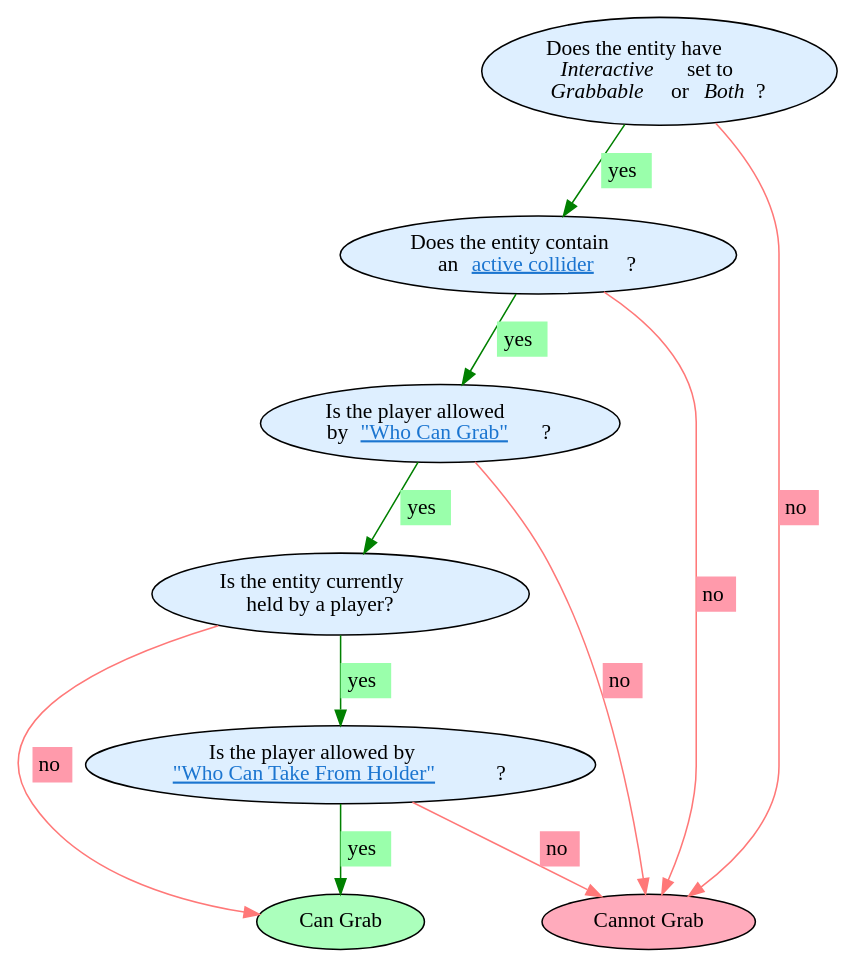
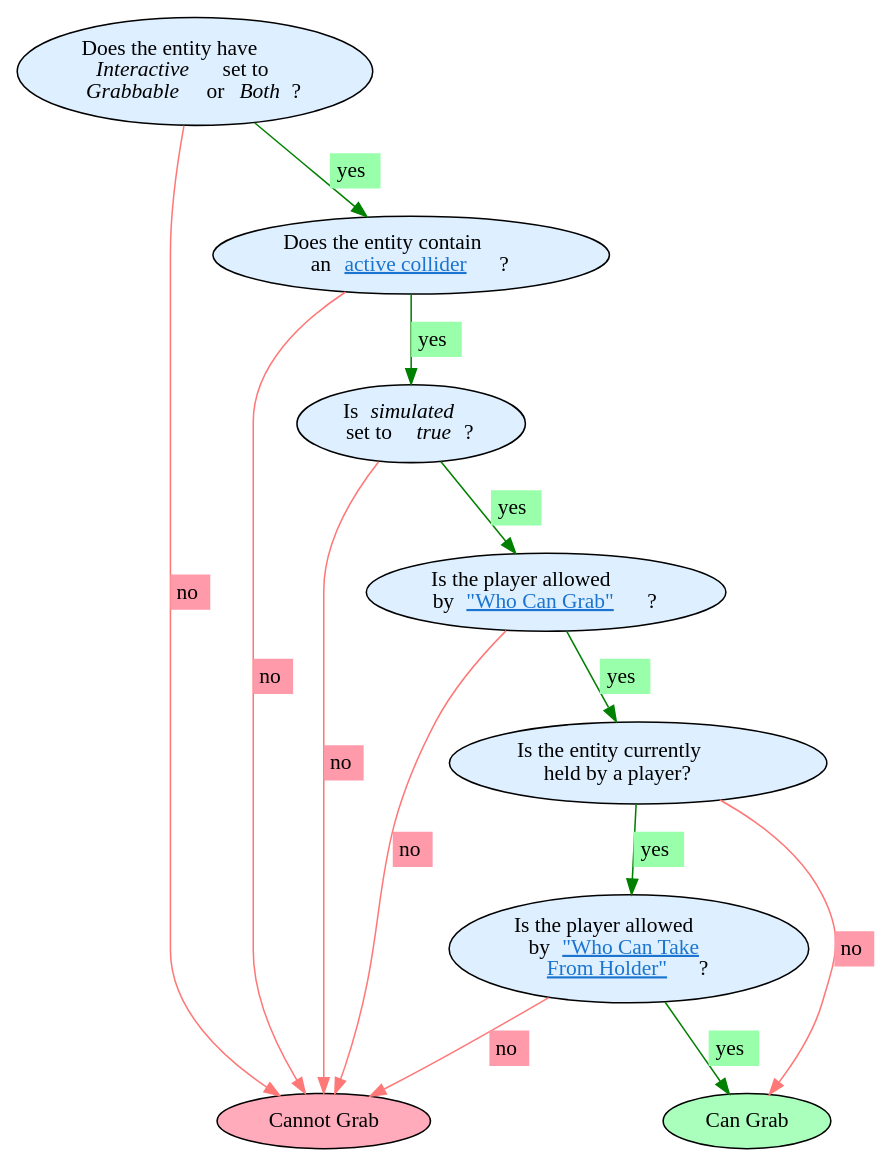
One commit to MHCPCreators/horizonCreatorManual changed the first of 2 diagrams in HorizonTechnicalDoc.md. Above: the diagram before and after it, drawn with Graphviz. The commit also changed other lines of this file, not shown here.

Commit message:
Grab adjustments

````diff
--- a/HorizonTechnicalDoc.md
+++ b/HorizonTechnicalDoc.md
@@ -511,32 +523,33 @@
 ```dot
 digraph {
     rankdir=TD;
 
     isInteractive [label=<Does the entity have<BR/><I>Interactive</I>  set to<BR/><I>Grabbable</I>  or<I>Both</I>?> style=filled fillcolor="#deefff"]
 
     activeCollider [label=<Does the entity contain<BR/>an <font color="#1b75d0"><U>active collider</U></font>?> style=filled fillcolor="#deefff" href="#collidability"]
+
+    simulated [label=<Is <I>simulated</I><BR/>set to <I>true</I>?> style=filled fillcolor="#deefff" href="#collidability"]
+
     canGrab [label=<Is the player allowed<BR/>by <font color="#1b75d0"><U>"Who Can Grab"</U></font>?> style=filled fillcolor="#deefff" href="#setting-who-can-grab"]
+
     isHeld [label=<Is the entity currently<BR/>held by a player?> style=filled fillcolor="#deefff"]
-    canTake [label=<Is the player allowed by<BR/><font color="#1b75d0"><U>"Who Can Take From Holder"</U></font>?> style=filled fillcolor="#deefff" href="#setting-who-can-take-from-holder"]
+
+    canTake [label=<Is the player allowed<BR/>by <font color="#1b75d0"><U>"Who Can Take<BR/>From Holder"</U></font>?> style=filled fillcolor="#deefff" href="#setting-who-can-take-from-holder"]
 
     fail [label="Cannot Grab" style=filled fillcolor="#ffabbc"]
     succeed [label="Can Grab" style=filled fillcolor="#abffbc"]
 
     isInteractive -> activeCollider [label=<<TABLE BORDER="0" CELLBORDER="0" BGCOLOR="#9affab"><TR><TD>yes</TD></TR></TABLE>> color="green"]
     isInteractive -> fail [label=<<TABLE BORDER="0" CELLBORDER="0" BGCOLOR="#ff9aab"><TR><TD>no</TD></TR></TABLE>> color="#ff7878"]
-    activeCollider -> canGrab [label=<<TABLE BORDER="0" CELLBORDER="0" BGCOLOR="#9affab"><TR><TD>yes</TD></TR></TABLE>> color="green"]
+    activeCollider -> simulated [label=<<TABLE BORDER="0" CELLBORDER="0" BGCOLOR="#9affab"><TR><TD>yes</TD></TR></TABLE>> color="green"]
+    simulated -> fail [label=<<TABLE BORDER="0" CELLBORDER="0" BGCOLOR="#ff9aab"><TR><TD>no</TD></TR></TABLE>> color="#ff7878"]
+    simulated -> canGrab [label=<<TABLE BORDER="0" CELLBORDER="0" BGCOLOR="#9affab"><TR><TD>yes</TD></TR></TABLE>> color="green"]
     activeCollider -> fail [label=<<TABLE BORDER="0" CELLBORDER="0" BGCOLOR="#ff9aab"><TR><TD>no</TD></TR></TABLE>> color="#ff7878"]
     canGrab -> isHeld [label=<<TABLE BORDER="0" CELLBORDER="0" BGCOLOR="#9affab"><TR><TD>yes</TD></TR></TABLE>> color="green"]
-    canGrab -> fail [label=<<TABLE BORDER="0" CELLBORDER="0" BGCOLOR="#ff9aab"><TR><TD>no</TD></TR></TABLE>> color="#ff7878" constraint=false]
+    canGrab -> fail [label=<<TABLE BORDER="0" CELLBORDER="0" BGCOLOR="#ff9aab"><TR><TD>no</TD></TR></TABLE>> color="#ff7878"]
     isHeld -> succeed [label=<<TABLE BORDER="0" CELLBORDER="0" BGCOLOR="#ff9aab"><TR><TD>no</TD></TR></TABLE>> color="#ff7878"]
     isHeld -> canTake [label=<<TABLE BORDER="0" CELLBORDER="0" BGCOLOR="#9affab"><TR><TD>yes</TD></TR></TABLE>> color="green"]
     canTake -> succeed [label=<<TABLE BORDER="0" CELLBORDER="0" BGCOLOR="#9affab"><TR><TD>yes</TD></TR></TABLE>> color="green"]
     canTake -> fail [label=<<TABLE BORDER="0" CELLBORDER="0" BGCOLOR="#ff9aab"><TR><TD>no</TD></TR></TABLE>> color="#ff7878"]
-
-    { rank=same; succeed; fail; }
-     subgraph {
-        succeed -> fail [style=invis]; // Invisible edge hints at the desired order
-    }
-
 }
 ```
````
